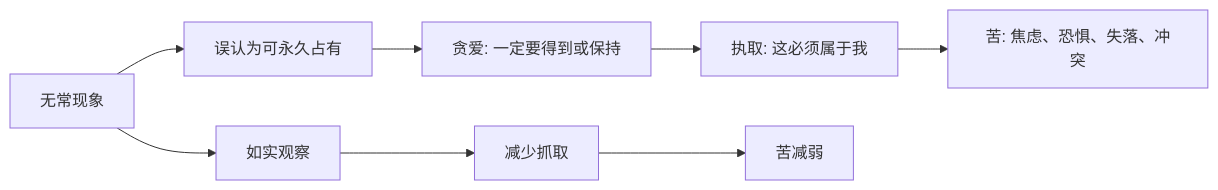
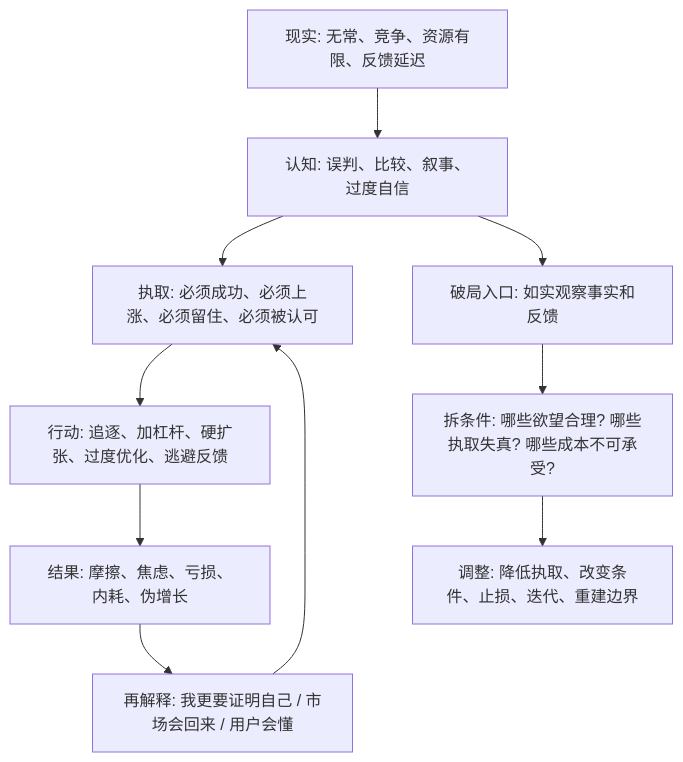
Before and after one commit to digoal/blog: the diagram in 202605/20260518_62.md, drawn with Mermaid. The commit also changed other lines of this file and 15 other files, not shown here.

````diff
--- a/202605/20260518_62.md
+++ b/202605/20260518_62.md
@@ -22,10 +24,12 @@
 ```mermaid
-flowchart LR
-  A["无常现象"] --> B["误认为可永久占有"]
-  B --> C["贪爱: 一定要得到或保持"]
-  C --> D["执取: 这必须属于我"]
-  D --> E["苦: 焦虑、恐惧、失落、冲突"]
-  A --> F["如实观察"]
-  F --> G["减少抓取"]
-  G --> H["苦减弱"]
+flowchart TD
+  A["现实: 无常、竞争、资源有限、反馈延迟"] --> B["认知: 误判、比较、叙事、过度自信"]
+  B --> C["执取: 必须成功、必须上涨、必须留住、必须被认可"]
+  C --> D["行动: 追逐、加杠杆、硬扩张、过度优化、逃避反馈"]
+  D --> E["结果: 摩擦、焦虑、亏损、内耗、伪增长"]
+  E --> F["再解释: 我更要证明自己 / 市场会回来 / 用户会懂"]
+  F --> C
+  B --> G["破局入口: 如实观察事实和反馈"]
+  G --> H["拆条件: 哪些欲望合理? 哪些执取失真? 哪些成本不可承受?"]
+  H --> I["调整: 降低执取、改变条件、止损、迭代、重建边界"]
 ```
````
